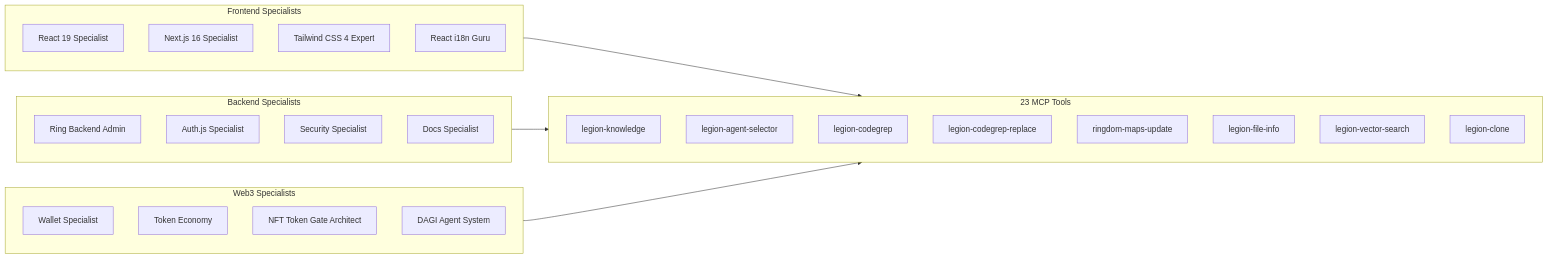
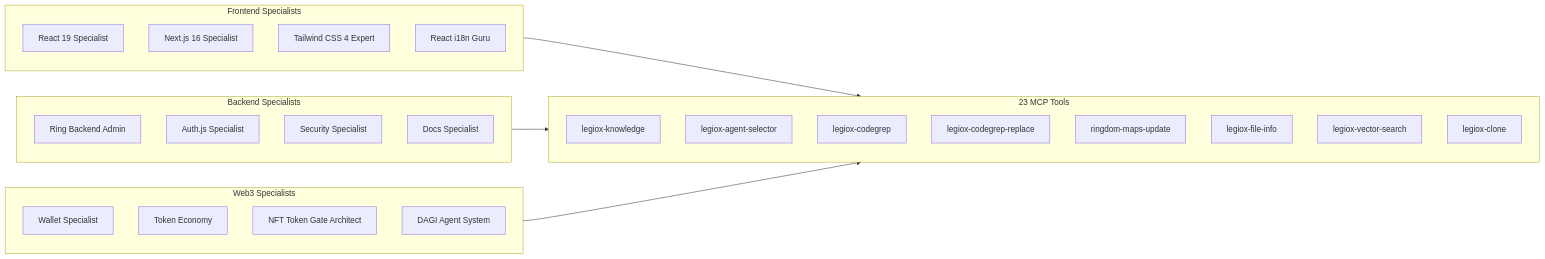
One commit to connectplatform/ring changed the tenth of 10 diagrams in README.md. Above: the diagram before and after it, drawn with Mermaid. The commit also changed other lines of this file and 745 other files, not shown here.

````diff
--- a/README.md
+++ b/README.md
@@ -1176,38 +1176,38 @@
 ```mermaid
 flowchart LR
     subgraph Frontend["Frontend Specialists"]
         R19[React 19 Specialist]
         N16[Next.js 16 Specialist]
         TW[Tailwind CSS 4 Expert]
         I18N[React i18n Guru]
     end
     
     subgraph Backend["Backend Specialists"]
         DBA[Ring Backend Admin]
         AUTH[Auth.js Specialist]
         SEC[Security Specialist]
         DOCS[Docs Specialist]
     end
     
     subgraph Web3["Web3 Specialists"]
         W3[Wallet Specialist]
         TOK[Token Economy]
         NFT[NFT Token Gate Architect]
         DAGI[DAGI Agent System]
     end
     
     subgraph Tools["23 MCP Tools"]
-        LK[legion-knowledge]
-        AS[legion-agent-selector]
-        CG[legion-codegrep]
-        CGR[legion-codegrep-replace]
+        LK[legiox-knowledge]
+        AS[legiox-agent-selector]
+        CG[legiox-codegrep]
+        CGR[legiox-codegrep-replace]
         MAP[ringdom-maps-update]
-        FI[legion-file-info]
-        VS[legion-vector-search]
-        CL[legion-clone]
+        FI[legiox-file-info]
+        VS[legiox-vector-search]
+        CL[legiox-clone]
     end
     
     Frontend --> Tools
     Backend --> Tools
     Web3 --> Tools
 ```
````
